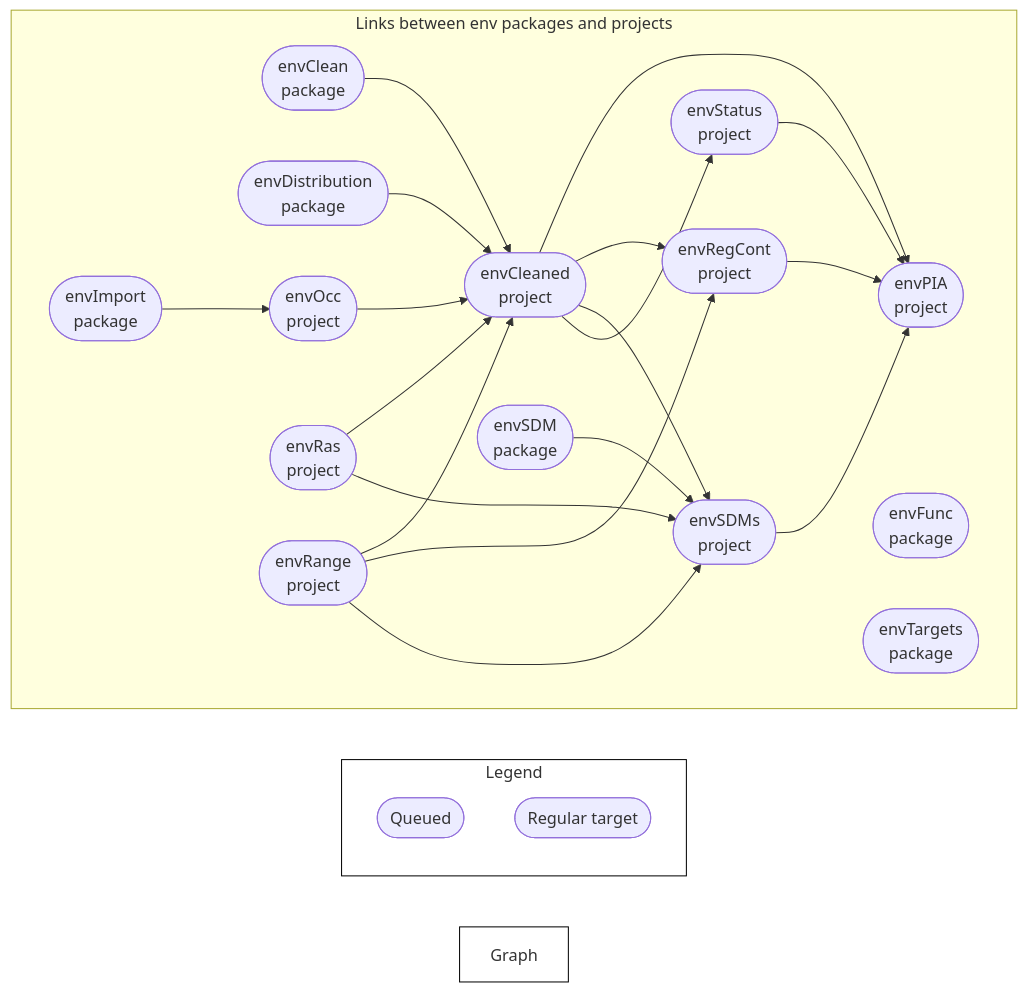
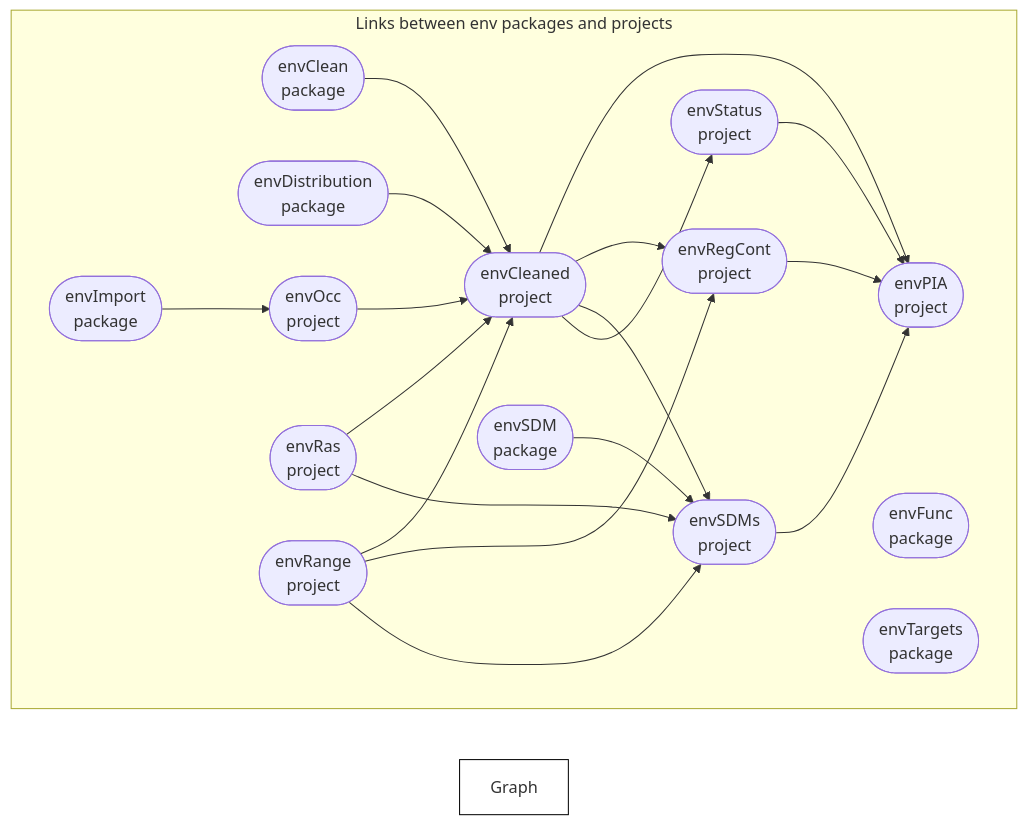
The diagram in profile/README.md (dew-landscapes/.github), drawn with Mermaid before and after one commit. The commit also changed other lines of this file and 1 other file, not shown here.

Commit message:
remove legend

````diff
--- a/profile/README.md
+++ b/profile/README.md
@@ -45,31 +45,26 @@
 ``` mermaid
 graph LR
-  style Legend fill:#FFFFFF00,stroke:#000000;
   style Graph fill:#FFFFFF00,stroke:#000000;
-  subgraph Legend
-    xa3883d8216f2b511(["Queued"]):::queued
-    xd03d7c7dd2ddda2b(["Regular target"]):::none
-  end
   subgraph Links between env packages and projects
     direction LR
     x199e33ac94c360fd(["envClean<br>package"]):::queued --> x4e1f08a5bd05b882(["envCleaned<br>project"]):::queued
     xb53407deaf8a50f7(["envDistribution<br>package"]):::queued --> x4e1f08a5bd05b882(["envCleaned<br>project"]):::queued
     x9d3addc2d3c28cb0(["envOcc<br>project"]):::queued --> x4e1f08a5bd05b882(["envCleaned<br>project"]):::queued
     x67b5feaf09e4d0ca(["envRas<br>project"]):::queued --> x4e1f08a5bd05b882(["envCleaned<br>project"]):::queued
     x4f41d9ef8b70ed0e(["envRange<br>project"]):::queued --> x4e1f08a5bd05b882(["envCleaned<br>project"]):::queued
     xa419b1871c902a02(["envImport<br>package"]):::queued --> x9d3addc2d3c28cb0(["envOcc<br>project"]):::queued
     x4e1f08a5bd05b882(["envCleaned<br>project"]):::queued --> x2cb0f2dc918c8a98(["envPIA<br>project"]):::queued
     xc1054dd4c63b18e0(["envSDMs<br>project"]):::queued --> x2cb0f2dc918c8a98(["envPIA<br>project"]):::queued
     xf290cd0a0c6ffe34(["envStatus<br>project"]):::queued --> x2cb0f2dc918c8a98(["envPIA<br>project"]):::queued
     x5499a04bf3778295(["envRegCont<br>project"]):::queued --> x2cb0f2dc918c8a98(["envPIA<br>project"]):::queued
     x4f41d9ef8b70ed0e(["envRange<br>project"]):::queued --> x5499a04bf3778295(["envRegCont<br>project"]):::queued
     x4e1f08a5bd05b882(["envCleaned<br>project"]):::queued --> x5499a04bf3778295(["envRegCont<br>project"]):::queued
     x07cddf360e9b199e(["envSDM<br>package"]):::queued --> xc1054dd4c63b18e0(["envSDMs<br>project"]):::queued
     x67b5feaf09e4d0ca(["envRas<br>project"]):::queued --> xc1054dd4c63b18e0(["envSDMs<br>project"]):::queued
     x4f41d9ef8b70ed0e(["envRange<br>project"]):::queued --> xc1054dd4c63b18e0(["envSDMs<br>project"]):::queued
     x4e1f08a5bd05b882(["envCleaned<br>project"]):::queued --> xc1054dd4c63b18e0(["envSDMs<br>project"]):::queued
     x4e1f08a5bd05b882(["envCleaned<br>project"]):::queued --> xf290cd0a0c6ffe34(["envStatus<br>project"]):::queued
     x6832f874a98057bb(["envFunc<br>package"]):::queued
     xb03046fba8fa1b84(["envTargets<br>package"]):::queued
   end
 ```
````
